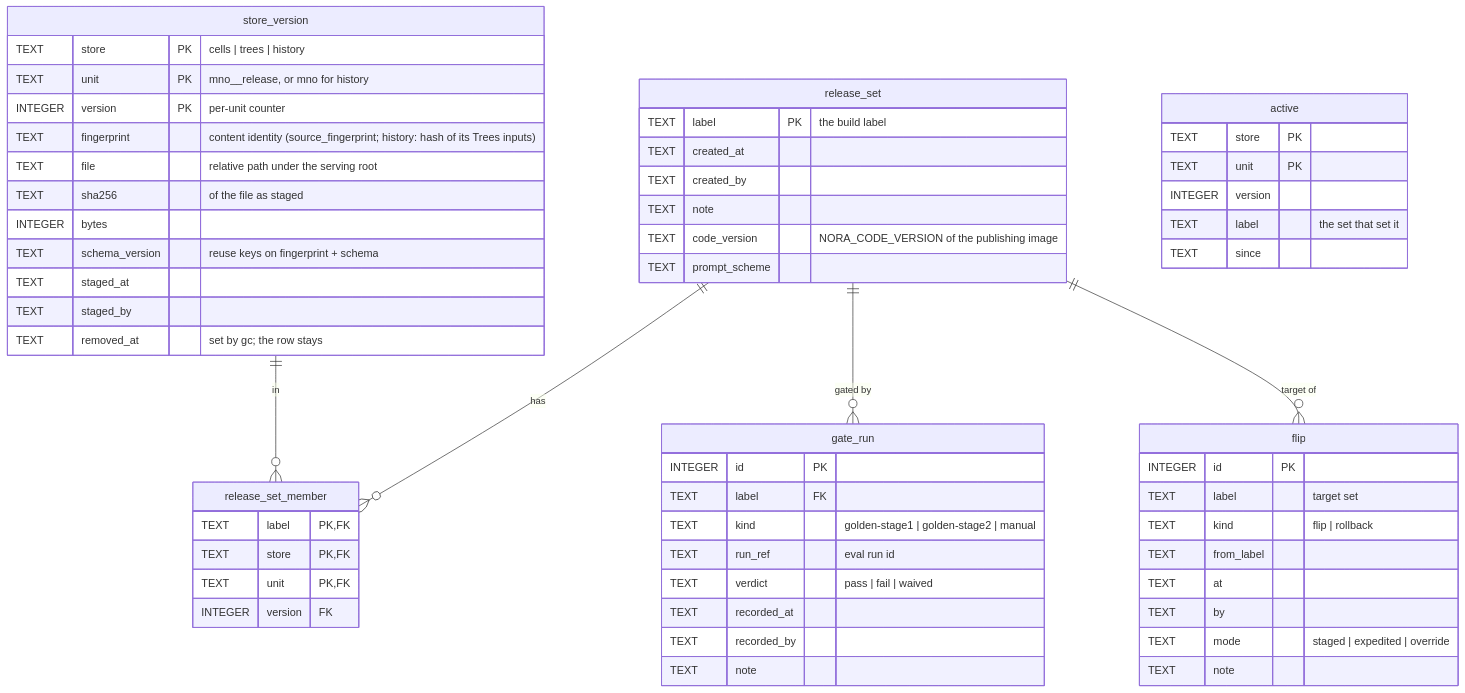
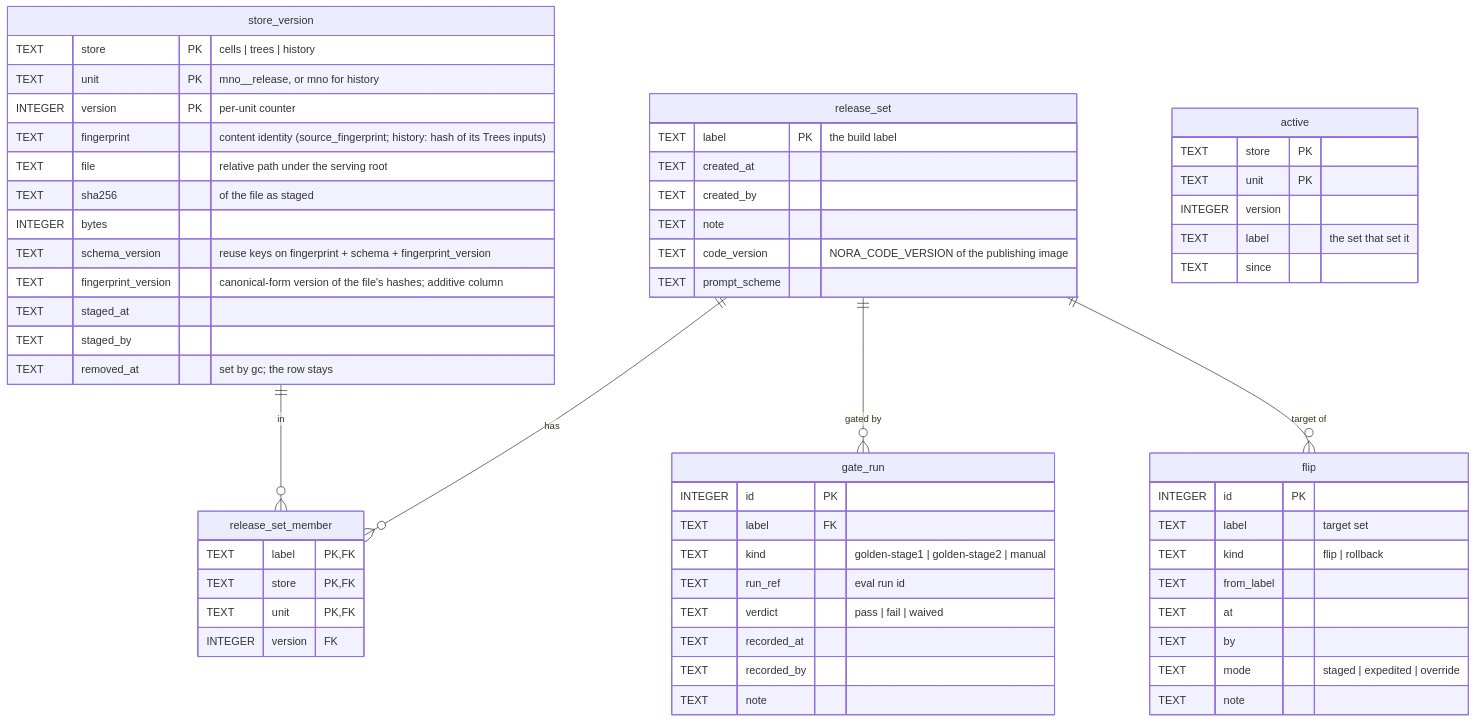
Before and after one commit to kurnoolion/nora: diagram 11 of 18 in docs/architecture.md, drawn with Mermaid. The commit also changed other lines of this file and 4 other files, not shown here.

First line of the commit message:
registry: fingerprint_version joins the unit identity; additive column, every unit republishes once after a canonical-form bump

````diff
--- a/docs/architecture.md
+++ b/docs/architecture.md
@@ -1192,61 +1192,62 @@
 ```mermaid
 erDiagram
   store_version ||--o{ release_set_member : "in"
   release_set ||--o{ release_set_member : "has"
   release_set ||--o{ gate_run : "gated by"
   release_set ||--o{ flip : "target of"
   store_version {
     TEXT store PK "cells | trees | history"
     TEXT unit PK "mno__release, or mno for history"
     INTEGER version PK "per-unit counter"
     TEXT fingerprint "content identity (source_fingerprint; history: hash of its Trees inputs)"
     TEXT file "relative path under the serving root"
     TEXT sha256 "of the file as staged"
     INTEGER bytes
-    TEXT schema_version "reuse keys on fingerprint + schema"
+    TEXT schema_version "reuse keys on fingerprint + schema + fingerprint_version"
+    TEXT fingerprint_version "canonical-form version of the file's hashes; additive column"
     TEXT staged_at
     TEXT staged_by
     TEXT removed_at "set by gc; the row stays"
   }
   release_set {
     TEXT label PK "the build label"
     TEXT created_at
     TEXT created_by
     TEXT note
     TEXT code_version "NORA_CODE_VERSION of the publishing image"
     TEXT prompt_scheme
   }
   release_set_member {
     TEXT label PK,FK
     TEXT store PK,FK
     TEXT unit PK,FK
     INTEGER version FK
   }
   gate_run {
     INTEGER id PK
     TEXT label FK
     TEXT kind "golden-stage1 | golden-stage2 | manual"
     TEXT run_ref "eval run id"
     TEXT verdict "pass | fail | waived"
     TEXT recorded_at
     TEXT recorded_by
     TEXT note
   }
   active {
     TEXT store PK
     TEXT unit PK
     INTEGER version
     TEXT label "the set that set it"
     TEXT since
   }
   flip {
     INTEGER id PK
     TEXT label "target set"
     TEXT kind "flip | rollback"
     TEXT from_label
     TEXT at
     TEXT by
     TEXT mode "staged | expedited | override"
     TEXT note
   }
 ```
````
